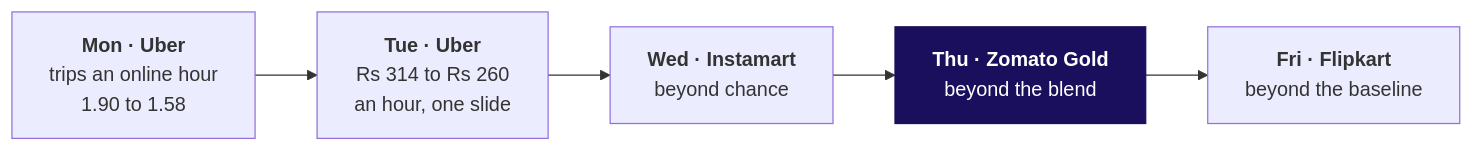
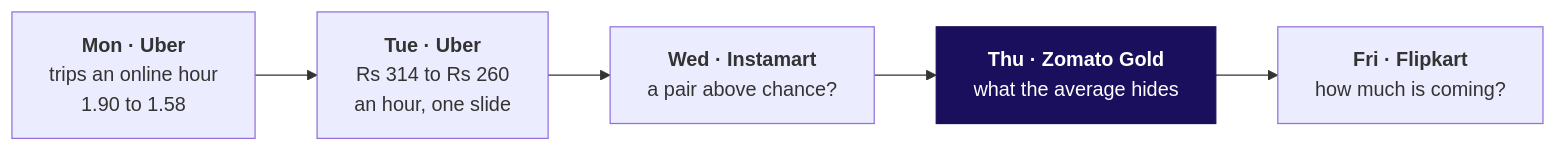
The diagram in content/W04/D4/study-notes/C2_W04_D04_notes_STUDENT.md (fde-academy-lab/c2-content-factory), drawn with Mermaid before and after one commit. The commit also changed other lines of this file and 38 other files, not shown here.

````diff
--- a/content/W04/D4/study-notes/C2_W04_D04_notes_STUDENT.md
+++ b/content/W04/D4/study-notes/C2_W04_D04_notes_STUDENT.md
@@ -31,9 +25,9 @@
 ```mermaid
 flowchart LR
     M["<b>Mon · Uber</b><br/>trips an online hour<br/>1.90 to 1.58"] --> T["<b>Tue · Uber</b><br/>Rs 314 to Rs 260<br/>an hour, one slide"]
-    T --> W["<b>Wed · Instamart</b><br/>beyond chance"]
-    W --> H["<b>Thu · Zomato Gold</b><br/>beyond the blend"]
-    H --> F["<b>Fri · Flipkart</b><br/>beyond the baseline"]
+    T --> W["<b>Wed · Instamart</b><br/>a pair above chance?"]
+    W --> H["<b>Thu · Zomato Gold</b><br/>what the average hides"]
+    H --> F["<b>Fri · Flipkart</b><br/>how much is coming?"]
     classDef lit fill:#1A0F5C,stroke:#1A0F5C,color:#FFFFFF
     class H lit
 ```
````
